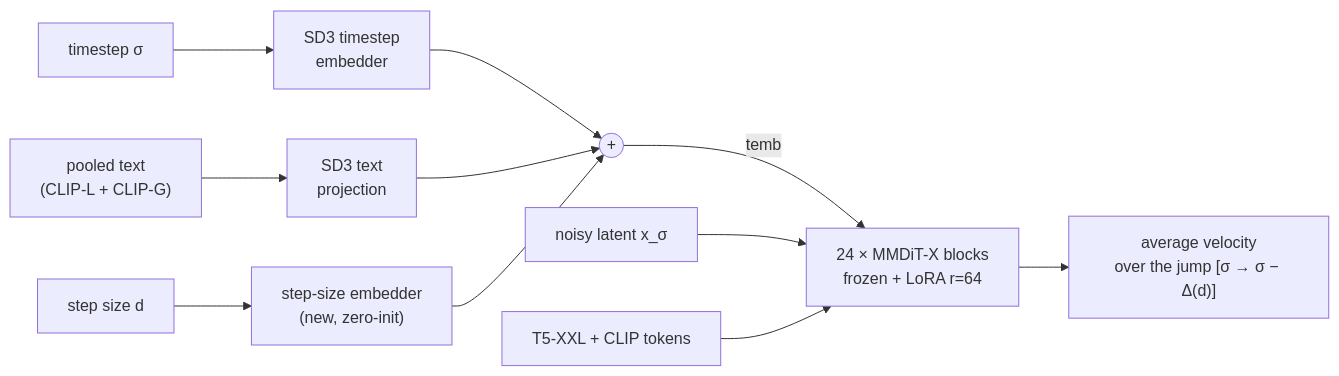
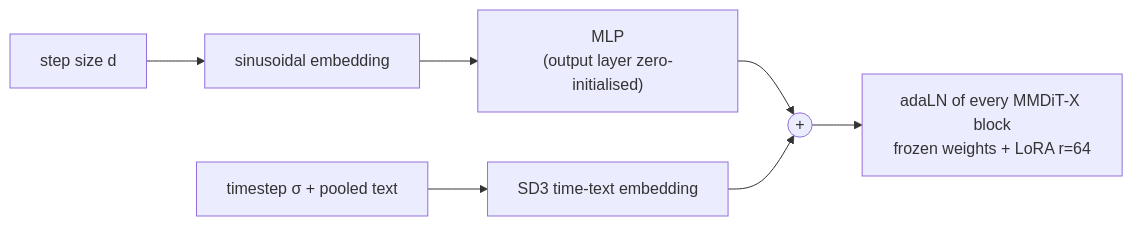
One commit to Suchotin/shortcut_distillation_sd3.5 changed the diagram in README.md. Above: the diagram before and after it, drawn with Mermaid. The commit also changed other lines of this file and 34 other files, not shown here.

````diff
--- a/README.md
+++ b/README.md
@@ -132,13 +34,8 @@
 ```mermaid
 flowchart LR
-    T["timestep σ"] --> TE["SD3 timestep<br/>embedder"]
-    P["pooled text<br/>(CLIP-L + CLIP-G)"] --> PE["SD3 text<br/>projection"]
-    D["step size d"] --> DE["step-size embedder<br/>(new, zero-init)"]
-    TE --> S(("+"))
-    PE --> S
-    DE --> S
-    S -->|temb| B["24 × MMDiT-X blocks<br/>frozen + LoRA r=64"]
-    X["noisy latent x_σ"] --> B
-    C["T5-XXL + CLIP tokens"] --> B
-    B --> O["average velocity<br/>over the jump [σ → σ − Δ(d)]"]
+    d["step size d"] --> S["sinusoidal embedding"] --> M["MLP<br/>(output layer zero-initialised)"]
+    t["timestep σ + pooled text"] --> T["SD3 time-text embedding"]
+    M --> P(("+"))
+    T --> P
+    P --> B["adaLN of every MMDiT-X block<br/>frozen weights + LoRA r=64"]
 ```
````
